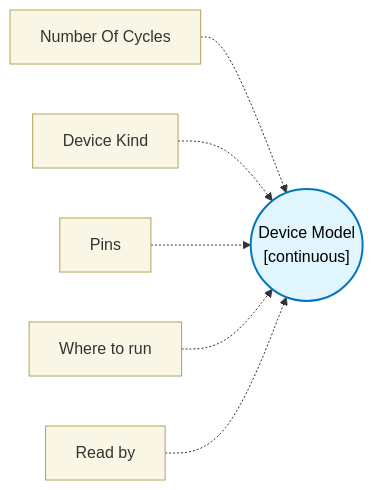
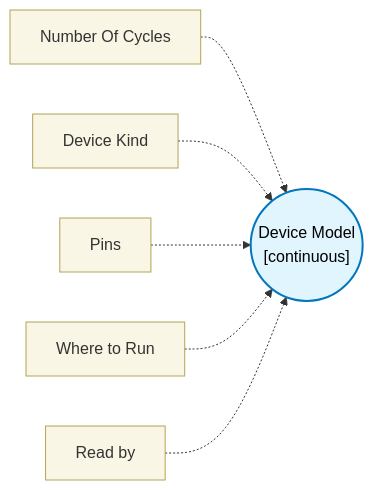
The diagram in docs/block-reference/blocks/device_model_block/design.md (TexasInstruments/pru-no-code-tool), drawn with Mermaid before and after one commit. The commit also changed other lines of this file and 89 other files, not shown here.

````diff
--- a/docs/block-reference/blocks/device_model_block/design.md
+++ b/docs/block-reference/blocks/device_model_block/design.md
@@ -42,11 +42,11 @@
 ```mermaid
 flowchart LR
   classDef config fill:#f9f6e5,stroke:#b1a457,stroke-width:1px,color:#333;
   classDef core fill:#e1f5fe,stroke:#0277bd,stroke-width:2px,color:#000;
   CORE(("Device Model\n[continuous]")):::core
   CFG0["Number Of Cycles"]:::config -.-> CORE
   CFG1["Device Kind"]:::config -.-> CORE
   CFG2["Pins"]:::config -.-> CORE
-  CFG3["Where to run"]:::config -.-> CORE
+  CFG3["Where to Run"]:::config -.-> CORE
   CFG4["Read by"]:::config -.-> CORE
 ```
````
